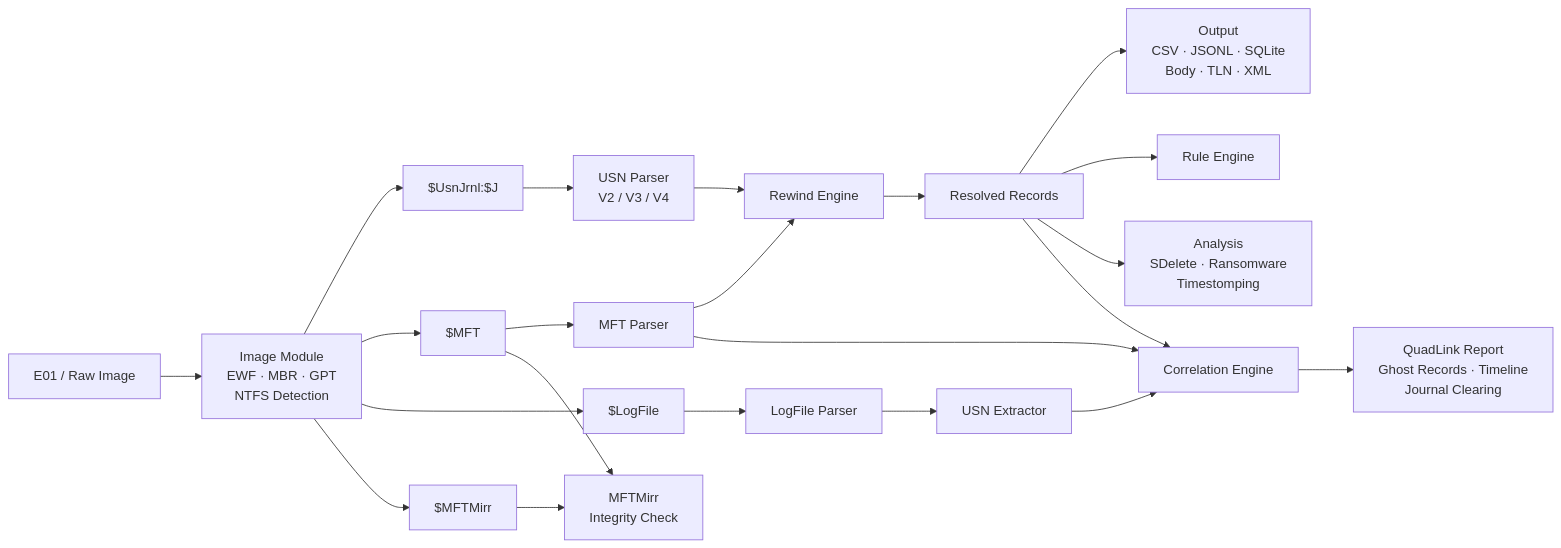
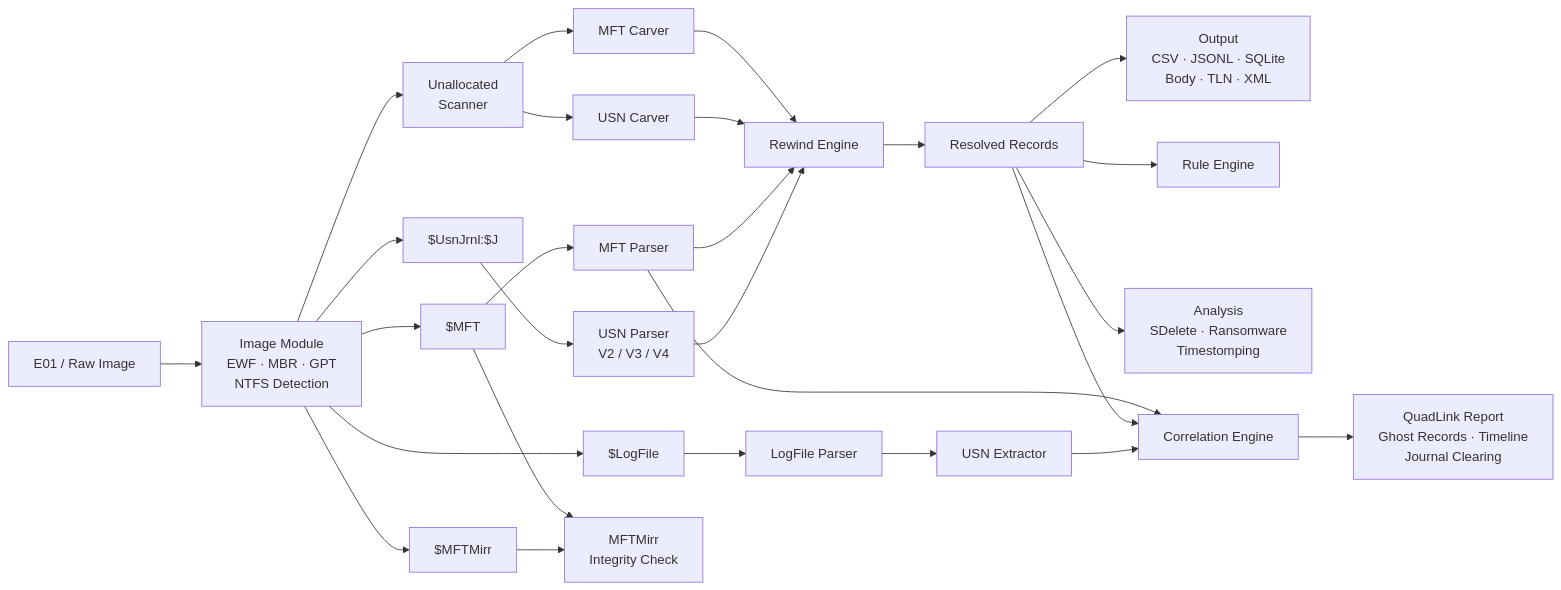
The diagram in README.md (SecurityRonin/usnjrnl-forensic), drawn with Mermaid before and after one commit. The commit also changed other lines of this file and 4 other files, not shown here.

````diff
--- a/README.md
+++ b/README.md
@@ -352,27 +389,32 @@
 ```mermaid
 graph LR
     E01["E01 / Raw Image"] --> IMG["Image Module<br/>EWF · MBR · GPT<br/>NTFS Detection"]
     IMG --> J
     IMG --> MFT
     IMG --> LF
     IMG --> Mirror
+    IMG --> Unalloc["Unallocated<br/>Scanner"]
 
     J["$UsnJrnl:$J"] --> USN["USN Parser<br/>V2 / V3 / V4"]
     USN --> Rewind["Rewind Engine"]
     MFT["$MFT"] --> MFTP["MFT Parser"]
     MFTP --> Rewind
+    Unalloc --> USNC["USN Carver"]
+    Unalloc --> MFTC["MFT Carver"]
+    USNC --> Rewind
+    MFTC --> Rewind
     Rewind --> Resolved["Resolved Records"]
     Resolved --> Output["Output<br/>CSV · JSONL · SQLite<br/>Body · TLN · XML"]
     Resolved --> Rules["Rule Engine"]
     Resolved --> Analysis["Analysis<br/>SDelete · Ransomware<br/>Timestomping"]
 
     LF["$LogFile"] --> LFP["LogFile Parser"]
     LFP --> Extract["USN Extractor"]
     Extract --> Corr["Correlation Engine"]
     Resolved --> Corr
     MFTP --> Corr
     Corr --> Report["QuadLink Report<br/>Ghost Records · Timeline<br/>Journal Clearing"]
 
     Mirror["$MFTMirr"] --> Integrity["MFTMirr<br/>Integrity Check"]
     MFT --> Integrity
 ```
````
